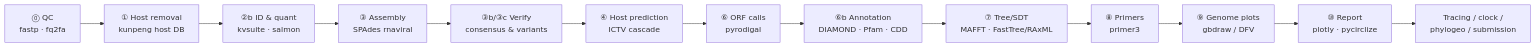
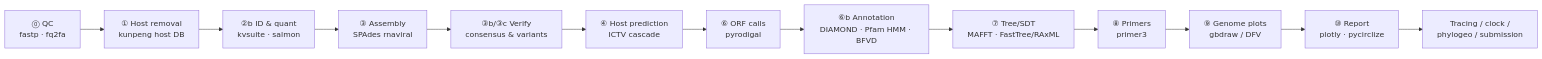
The diagram in README_EN.md (zhangwenda0518/PlantVirusPlatform), drawn with Mermaid before and after one commit. The commit also changed other lines of this file and 725 other files, not shown here.

````diff
--- a/README_EN.md
+++ b/README_EN.md
@@ -34,15 +35,15 @@
 ```mermaid
 flowchart LR
     A["⓪ QC<br/>fastp · fq2fa"] --> B["① Host removal<br/>kunpeng host DB"]
     B --> C["②b ID & quant<br/>kvsuite · salmon"]
     C --> D["③ Assembly<br/>SPAdes rnaviral"]
     D --> D2["③b/③c Verify<br/>consensus & variants"]
     D2 --> E["④ Host prediction<br/>ICTV cascade"]
     E --> F["⑥ ORF calls<br/>pyrodigal"]
-    F --> G["⑥b Annotation<br/>DIAMOND · Pfam · CDD"]
+    F --> G["⑥b Annotation<br/>DIAMOND · Pfam HMM · BFVD"]
     G --> H["⑦ Tree/SDT<br/>MAFFT · FastTree/RAxML"]
     H --> I["⑧ Primers<br/>primer3"]
     I --> J["⑨ Genome plots<br/>gbdraw / DFV"]
     J --> K["⑩ Report<br/>plotly · pycirclize"]
     K --> L["Tracing / clock /<br/>phylogeo / submission"]
 ```
````
